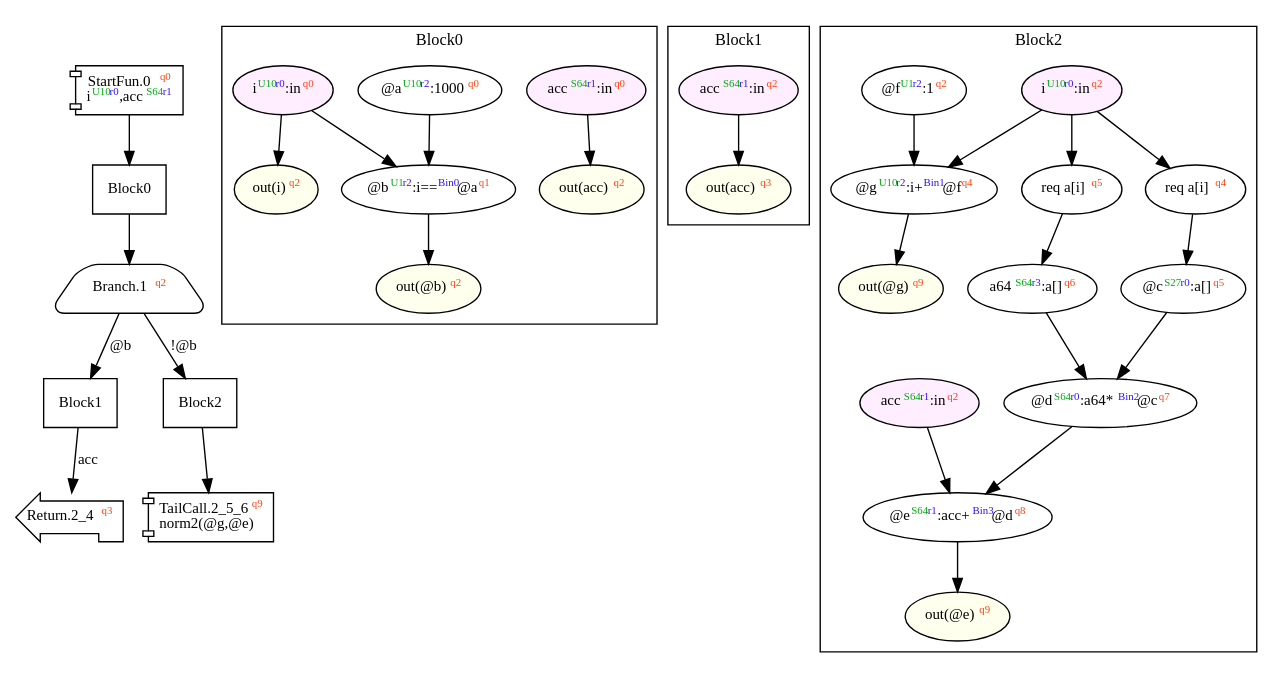
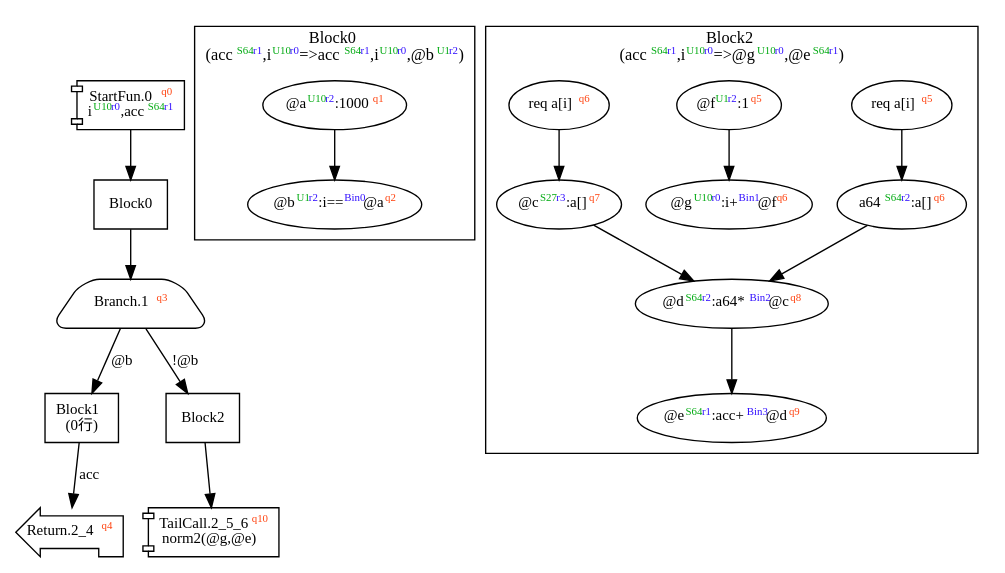
Before and after one commit to akouryy/SyntheScala: the diagram in dist/norm2.dot, drawn with Graphviz. The commit also changed 32 other files, not shown here.

```diff
--- a/dist/norm2.dot
+++ b/dist/norm2.dot
@@ -1,72 +1,46 @@
 digraph Program_ {
   graph [fontname = "Monaco", fontsize = 12, ranksep = 0.5];
   node [shape = box, fontname = "Monaco", fontsize = 11; colorscheme = pastel19];
   edge [fontname = "Monaco", fontsize = 11; colorscheme = pastel19];
   Jump0[label = <StartFun.0<font color="#ff4411" point-size="8"><sup>q0</sup></font><br/>i<font color="#00aa11" point-size="8"><sup>U10</sup></font><font color="#3311ff" point-size="8"><sup>r0</sup></font>,acc<font color="#00aa11" point-size="8"><sup>S64</sup></font><font color="#3311ff" point-size="8"><sup>r1</sup></font>>; shape = component];
   Jump0 -> Block0;
   Jump1[
-    label = <Branch.1<font color="#ff4411" point-size="8"><sup>q2</sup></font>>;
+    label = <Branch.1<font color="#ff4411" point-size="8"><sup>q3</sup></font>>;
     shape = trapezium; style = rounded;
   ];
   Block0 -> Jump1;
   Jump1 -> Block1 [label="@b"];
   Jump1 -> Block2 [label="!@b"];
-  Jump2_4[label = <Return.2_4<font color="#ff4411" point-size="8"><sup>q3</sup></font>>; shape = lpromoter];
+  Jump2_4[label = <Return.2_4<font color="#ff4411" point-size="8"><sup>q4</sup></font>>; shape = lpromoter];
   Block1 -> Jump2_4 [label="acc"];
-  Jump2_5_6[label = <TailCall.2_5_6<font color="#ff4411" point-size="8"><sup>q9</sup></font><br/>norm2(@g,@e)>; shape = component];
+  Jump2_5_6[label = <TailCall.2_5_6<font color="#ff4411" point-size="8"><sup>q10</sup></font><br/>norm2(@g,@e)>; shape = component];
   Block2 -> Jump2_5_6;
   Block0 [label = "Block0"];
-  Block1 [label = "Block1"];
+  Block1 [label = "Block1\l(0行)"];
   Block2 [label = "Block2"];
   subgraph cluster_dfg_Block0 {
     node [shape = oval];
-    label = "Block0";
-    0 [label=<@a<font color="#00aa11" point-size="8"><sup>U10</sup></font><font color="#3311ff" point-size="8"><sup>r2</sup></font>:1000<font color="#ff4411" point-size="8"><sup>q0</sup></font>>; ];
-    20 [label=<out(acc)<font color="#ff4411" point-size="8"><sup>q2</sup></font>>; style="filled"; fillcolor="#ffffee";];
-    1 [label=<@b<font color="#00aa11" point-size="8"><sup>U1</sup></font><font color="#3311ff" point-size="8"><sup>r2</sup></font>:i==<font color="#3311ff" point-size="8"><sup>Bin0</sup></font>@a<font color="#ff4411" point-size="8"><sup>q1</sup></font>>; ];
-    21 [label=<out(i)<font color="#ff4411" point-size="8"><sup>q2</sup></font>>; style="filled"; fillcolor="#ffffee";];
-    22 [label=<out(@b)<font color="#ff4411" point-size="8"><sup>q2</sup></font>>; style="filled"; fillcolor="#ffffee";];
-    18 [label=<acc<font color="#00aa11" point-size="8"><sup>S64</sup></font><font color="#3311ff" point-size="8"><sup>r1</sup></font>:in<font color="#ff4411" point-size="8"><sup>q0</sup></font>>; style="filled"; fillcolor="#ffeeff";];
-    19 [label=<i<font color="#00aa11" point-size="8"><sup>U10</sup></font><font color="#3311ff" point-size="8"><sup>r0</sup></font>:in<font color="#ff4411" point-size="8"><sup>q0</sup></font>>; style="filled"; fillcolor="#ffeeff";];
+    label = <Block0<br/>(acc<font color="#00aa11" point-size="8"><sup>S64</sup></font><font color="#3311ff" point-size="8"><sup>r1</sup></font>,i<font color="#00aa11" point-size="8"><sup>U10</sup></font><font color="#3311ff" point-size="8"><sup>r0</sup></font>=&gt;acc<font color="#00aa11" point-size="8"><sup>S64</sup></font><font color="#3311ff" point-size="8"><sup>r1</sup></font>,i<font color="#00aa11" point-size="8"><sup>U10</sup></font><font color="#3311ff" point-size="8"><sup>r0</sup></font>,@b<font color="#00aa11" point-size="8"><sup>U1</sup></font><font color="#3311ff" point-size="8"><sup>r2</sup></font>)>;
+    0 [label=<@a<font color="#00aa11" point-size="8"><sup>U10</sup></font><font color="#3311ff" point-size="8"><sup>r2</sup></font>:1000<font color="#ff4411" point-size="8"><sup>q1</sup></font>>];
+    1 [label=<@b<font color="#00aa11" point-size="8"><sup>U1</sup></font><font color="#3311ff" point-size="8"><sup>r2</sup></font>:i==<font color="#3311ff" point-size="8"><sup>Bin0</sup></font>@a<font color="#ff4411" point-size="8"><sup>q2</sup></font>>];
     0 -> 1;
-    1 -> 22;
-    18 -> 20;
-    19 -> 1;
-    19 -> 21;
-  }
-  subgraph cluster_dfg_Block1 {
-    node [shape = oval];
-    label = "Block1";
-    13 [label=<acc<font color="#00aa11" point-size="8"><sup>S64</sup></font><font color="#3311ff" point-size="8"><sup>r1</sup></font>:in<font color="#ff4411" point-size="8"><sup>q2</sup></font>>; style="filled"; fillcolor="#ffeeff";];
-    14 [label=<out(acc)<font color="#ff4411" point-size="8"><sup>q3</sup></font>>; style="filled"; fillcolor="#ffffee";];
-    13 -> 14;
   }
   subgraph cluster_dfg_Block2 {
     node [shape = oval];
-    label = "Block2";
-    5 [label=<@c<font color="#00aa11" point-size="8"><sup>S27</sup></font><font color="#3311ff" point-size="8"><sup>r0</sup></font>:a[]<font color="#ff4411" point-size="8"><sup>q5</sup></font>>; ];
-    24 [label=<out(@e)<font color="#ff4411" point-size="8"><sup>q9</sup></font>>; style="filled"; fillcolor="#ffffee";];
-    6 [label=<@d<font color="#00aa11" point-size="8"><sup>S64</sup></font><font color="#3311ff" point-size="8"><sup>r0</sup></font>:a64*<font color="#3311ff" point-size="8"><sup>Bin2</sup></font>@c<font color="#ff4411" point-size="8"><sup>q7</sup></font>>; ];
-    9 [label=<@g<font color="#00aa11" point-size="8"><sup>U10</sup></font><font color="#3311ff" point-size="8"><sup>r2</sup></font>:i+<font color="#3311ff" point-size="8"><sup>Bin1</sup></font>@f<font color="#ff4411" point-size="8"><sup>q4</sup></font>>; ];
-    2 [label=<req a[i]<font color="#ff4411" point-size="8"><sup>q5</sup></font>>; ];
-    7 [label=<@e<font color="#00aa11" point-size="8"><sup>S64</sup></font><font color="#3311ff" point-size="8"><sup>r1</sup></font>:acc+<font color="#3311ff" point-size="8"><sup>Bin3</sup></font>@d<font color="#ff4411" point-size="8"><sup>q8</sup></font>>; ];
-    3 [label=<a64<font color="#00aa11" point-size="8"><sup>S64</sup></font><font color="#3311ff" point-size="8"><sup>r3</sup></font>:a[]<font color="#ff4411" point-size="8"><sup>q6</sup></font>>; ];
-    16 [label=<i<font color="#00aa11" point-size="8"><sup>U10</sup></font><font color="#3311ff" point-size="8"><sup>r0</sup></font>:in<font color="#ff4411" point-size="8"><sup>q2</sup></font>>; style="filled"; fillcolor="#ffeeff";];
-    23 [label=<out(@g)<font color="#ff4411" point-size="8"><sup>q9</sup></font>>; style="filled"; fillcolor="#ffffee";];
-    8 [label=<@f<font color="#00aa11" point-size="8"><sup>U1</sup></font><font color="#3311ff" point-size="8"><sup>r2</sup></font>:1<font color="#ff4411" point-size="8"><sup>q2</sup></font>>; ];
-    4 [label=<req a[i]<font color="#ff4411" point-size="8"><sup>q4</sup></font>>; ];
-    15 [label=<acc<font color="#00aa11" point-size="8"><sup>S64</sup></font><font color="#3311ff" point-size="8"><sup>r1</sup></font>:in<font color="#ff4411" point-size="8"><sup>q2</sup></font>>; style="filled"; fillcolor="#ffeeff";];
+    label = <Block2<br/>(acc<font color="#00aa11" point-size="8"><sup>S64</sup></font><font color="#3311ff" point-size="8"><sup>r1</sup></font>,i<font color="#00aa11" point-size="8"><sup>U10</sup></font><font color="#3311ff" point-size="8"><sup>r0</sup></font>=&gt;@g<font color="#00aa11" point-size="8"><sup>U10</sup></font><font color="#3311ff" point-size="8"><sup>r0</sup></font>,@e<font color="#00aa11" point-size="8"><sup>S64</sup></font><font color="#3311ff" point-size="8"><sup>r1</sup></font>)>;
+    5 [label=<@c<font color="#00aa11" point-size="8"><sup>S27</sup></font><font color="#3311ff" point-size="8"><sup>r3</sup></font>:a[]<font color="#ff4411" point-size="8"><sup>q7</sup></font>>];
+    6 [label=<@d<font color="#00aa11" point-size="8"><sup>S64</sup></font><font color="#3311ff" point-size="8"><sup>r2</sup></font>:a64*<font color="#3311ff" point-size="8"><sup>Bin2</sup></font>@c<font color="#ff4411" point-size="8"><sup>q8</sup></font>>];
+    9 [label=<@g<font color="#00aa11" point-size="8"><sup>U10</sup></font><font color="#3311ff" point-size="8"><sup>r0</sup></font>:i+<font color="#3311ff" point-size="8"><sup>Bin1</sup></font>@f<font color="#ff4411" point-size="8"><sup>q6</sup></font>>];
+    2 [label=<req a[i]<font color="#ff4411" point-size="8"><sup>q5</sup></font>>];
+    7 [label=<@e<font color="#00aa11" point-size="8"><sup>S64</sup></font><font color="#3311ff" point-size="8"><sup>r1</sup></font>:acc+<font color="#3311ff" point-size="8"><sup>Bin3</sup></font>@d<font color="#ff4411" point-size="8"><sup>q9</sup></font>>];
+    3 [label=<a64<font color="#00aa11" point-size="8"><sup>S64</sup></font><font color="#3311ff" point-size="8"><sup>r2</sup></font>:a[]<font color="#ff4411" point-size="8"><sup>q6</sup></font>>];
+    8 [label=<@f<font color="#00aa11" point-size="8"><sup>U1</sup></font><font color="#3311ff" point-size="8"><sup>r2</sup></font>:1<font color="#ff4411" point-size="8"><sup>q5</sup></font>>];
+    4 [label=<req a[i]<font color="#ff4411" point-size="8"><sup>q6</sup></font>>];
     3 -> 6;
     5 -> 6;
     6 -> 7;
-    7 -> 24;
     8 -> 9;
-    9 -> 23;
-    15 -> 7;
-    16 -> 2;
-    16 -> 4;
-    16 -> 9;
     2 -> 3 [style = solid];
     4 -> 5 [style = solid];
   }
 }
```
